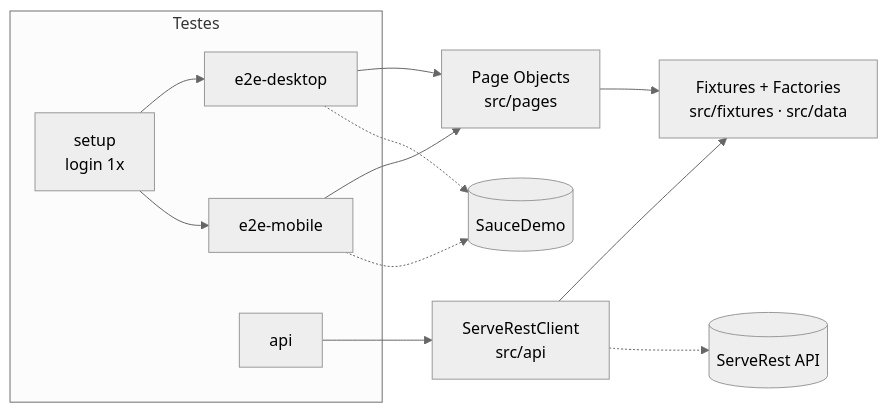
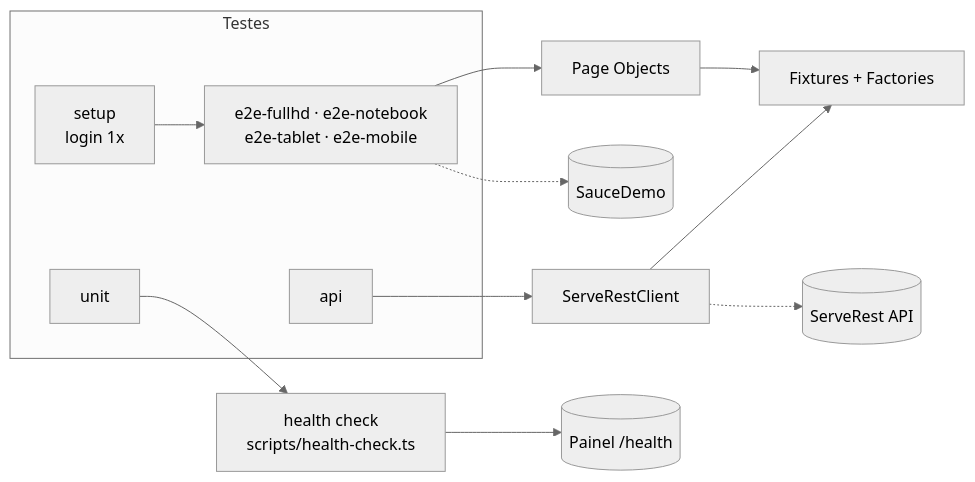
Before and after one commit to Dev-Haian/playwright-e2e-api: the diagram in README.md, drawn with Mermaid (neutral theme). The commit also changed other lines of this file and 13 other files, not shown here.

First line of the commit message:
feat: health check dos serviços e matriz de 4 resoluções

````diff
--- a/README.md
+++ b/README.md
@@ -33,13 +36,15 @@
 ```mermaid
 flowchart LR
+    H[health check<br/>scripts/health-check.ts] --> HP[(Painel /health)]
     subgraph Testes
-      S[setup<br/>login 1x] --> D[e2e-desktop]
-      S --> M[e2e-mobile]
+      S[setup<br/>login 1x] --> V[e2e-fullhd · e2e-notebook<br/>e2e-tablet · e2e-mobile]
       A[api]
+      U[unit]
     end
-    D & M --> PO[Page Objects<br/>src/pages]
-    A --> C[ServeRestClient<br/>src/api]
-    PO & C --> F[Fixtures + Factories<br/>src/fixtures · src/data]
-    D & M -.-> SD[(SauceDemo)]
+    V --> PO[Page Objects]
+    A --> C[ServeRestClient]
+    U --> H
+    PO & C --> F[Fixtures + Factories]
+    V -.-> SD[(SauceDemo)]
     C -.-> SR[(ServeRest API)]
 ```
````
